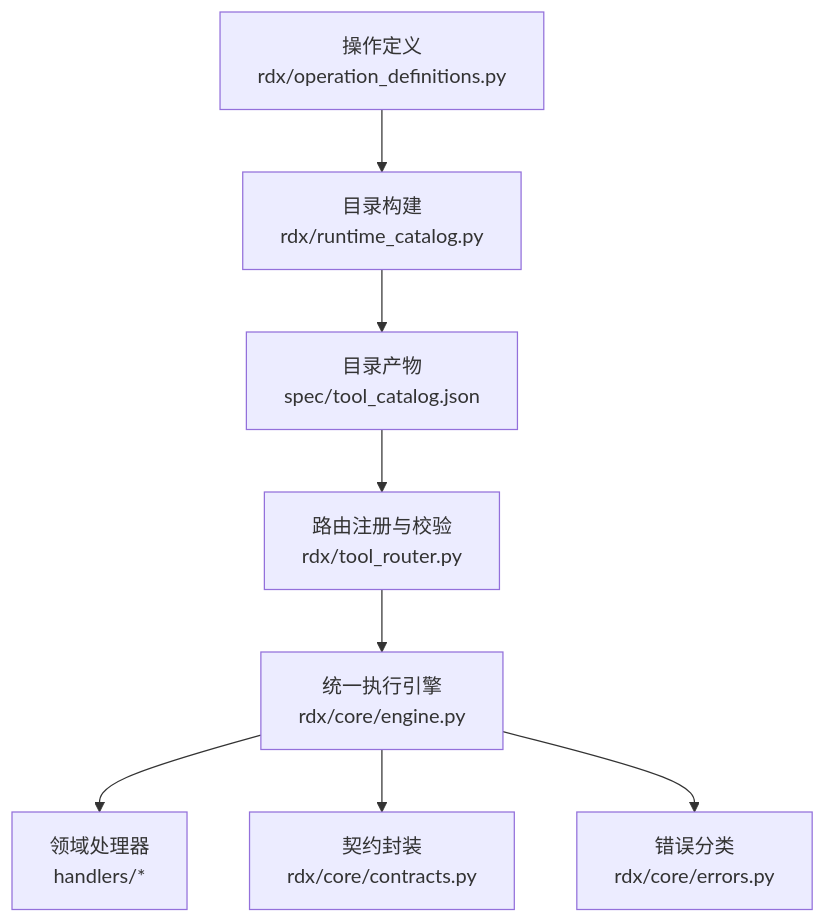
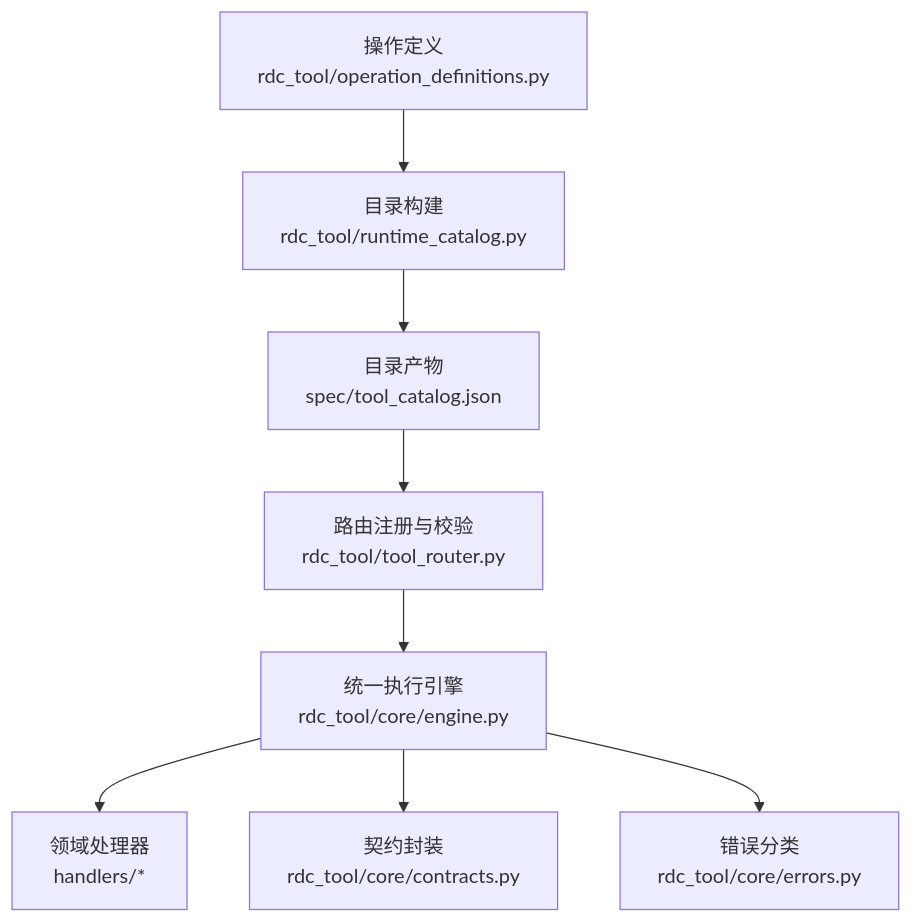
The first of 6 diagrams in .qoder/repowiki/zh/content/高级主题/接口升级.md (haolange/RDC-Tool), drawn with Mermaid before and after one commit. The commit also changed other lines of this file and 388 other files, not shown here.

First line of the commit message:
Release RDC-Tool identity and public maintenance surface

````diff
--- a/.qoder/repowiki/zh/content/高级主题/接口升级.md
+++ b/.qoder/repowiki/zh/content/高级主题/接口升级.md
@@ -42,10 +42,10 @@
 ```mermaid
 graph TB
-A["操作定义<br/>rdx/operation_definitions.py"] --> B["目录构建<br/>rdx/runtime_catalog.py"]
+A["操作定义<br/>rdc_tool/operation_definitions.py"] --> B["目录构建<br/>rdc_tool/runtime_catalog.py"]
 B --> C["目录产物<br/>spec/tool_catalog.json"]
-C --> D["路由注册与校验<br/>rdx/tool_router.py"]
-D --> E["统一执行引擎<br/>rdx/core/engine.py"]
+C --> D["路由注册与校验<br/>rdc_tool/tool_router.py"]
+D --> E["统一执行引擎<br/>rdc_tool/core/engine.py"]
 E --> F["领域处理器<br/>handlers/*"]
-E --> G["契约封装<br/>rdx/core/contracts.py"]
-E --> H["错误分类<br/>rdx/core/errors.py"]
+E --> G["契约封装<br/>rdc_tool/core/contracts.py"]
+E --> H["错误分类<br/>rdc_tool/core/errors.py"]
 ```
````
